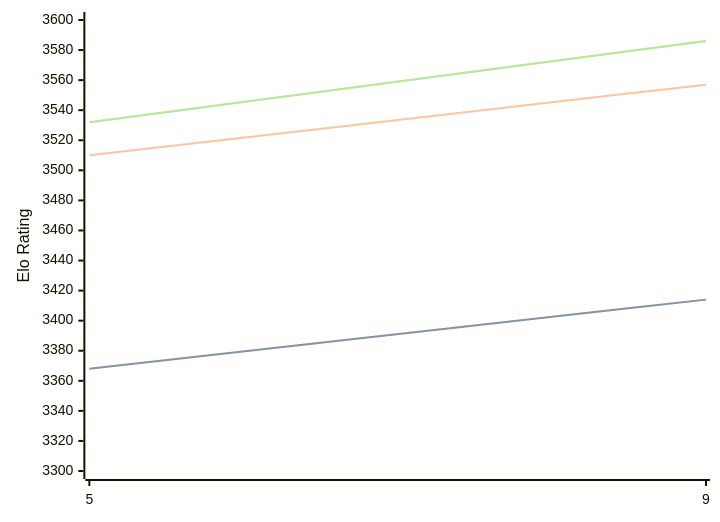
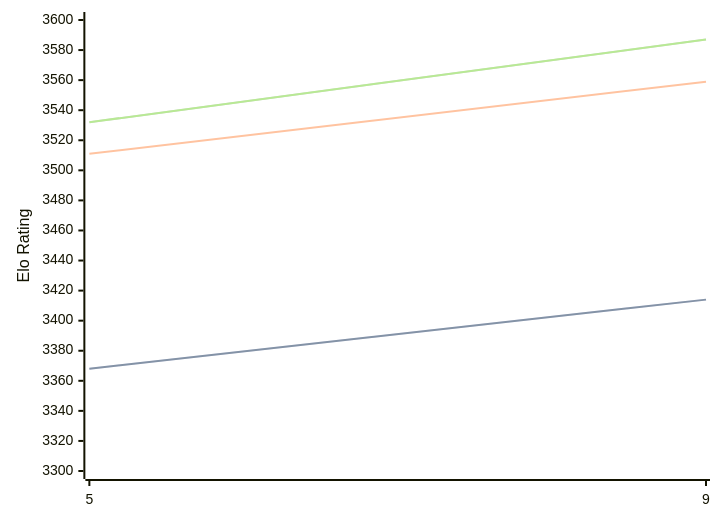
Before and after one commit to computer-chess-index/cci: the diagram in engines/Crystal.md, drawn with Mermaid. The commit also changed other lines of this file, not shown here.

Commit message:
Update CCI Ratings (ELO VLTC) - 2026-07-31

````diff
--- a/engines/Crystal.md
+++ b/engines/Crystal.md
@@ -60,11 +60,11 @@
 ```mermaid
 %%{init: {"theme":"base","themeVariables":{"seriesColors:['#a3a3a3','#222221','#faa371']}}}%%
 xychart-beta
   x-axis ["5", "9"]
   y-axis "Elo Rating" 3300 --> 3600
   line "STC (8.0+0.08s)" [3368, 3414]
   line "STC (8.0+0.08s)" [3368, 3414]
-  line "LTC (60.0+0.60s)" [3510, 3557]
-  line "VLTC (2m24s+1.12s)" [3532, 3586]
-  line "VLTC (2m24s+1.12s)" [3532, 3586]
+  line "LTC (60.0+0.60s)" [3511, 3559]
+  line "VLTC (2m24s+1.12s)" [3532, 3587]
+  line "VLTC (2m24s+1.12s)" [3532, 3587]
 ```
````
